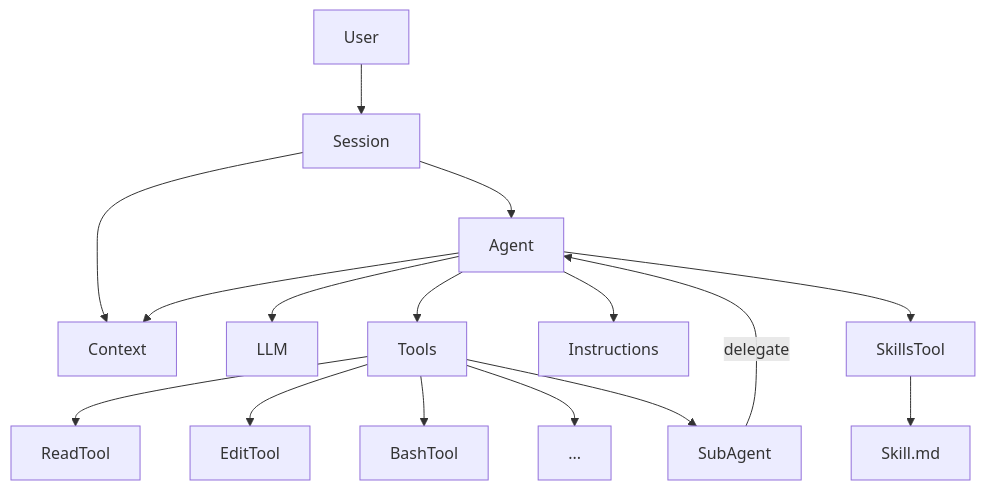
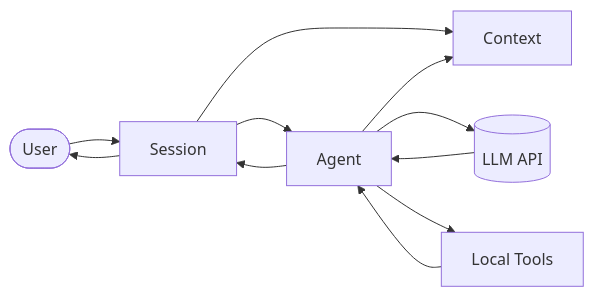
One commit to mlorthiois/smolcode changed the second of 2 diagrams in README.md. Above: the diagram before and after it, drawn with Mermaid. The commit also changed other lines of this file and 50 other files, not shown here.

````diff
--- a/README.md
+++ b/README.md
@@ -87,22 +77,13 @@
 ```mermaid
-flowchart 
-  User --> session[Session]
-  session --> agent[Agent]
-  session --> context[Context]
-
-  agent --> api[LLM]
-  agent --> tools[Tools]
-  agent --> prompt[Instructions]
-  agent --> context
-
-  tools --> read[ReadTool]
-  tools --> edit[EditTool]
-  tools --> bash[BashTool]
-  tools --> ...
-  tools --> subagent[SubAgent]
-
-  subagent -->|delegate| agent
-
-  agent --> skillsTool[SkillsTool]
-  skillsTool --> Skill.md
+flowchart LR
+    User([User]) --> Session
+    Session --> Context
+    Session --> Agent
+    Agent --> Context
+    Agent --> LLM[(LLM API)]
+    LLM --> Agent
+    Agent --> Tools[Local Tools]
+    Tools --> Agent
+    Agent --> Session
+    Session --> User
 ```
````
